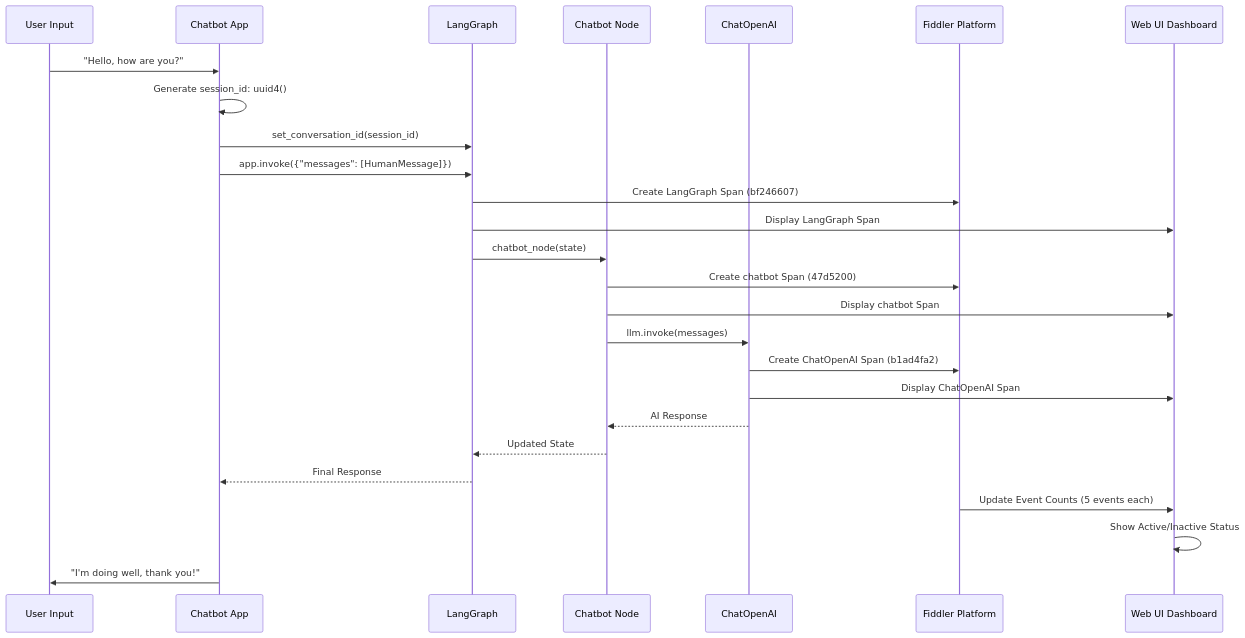
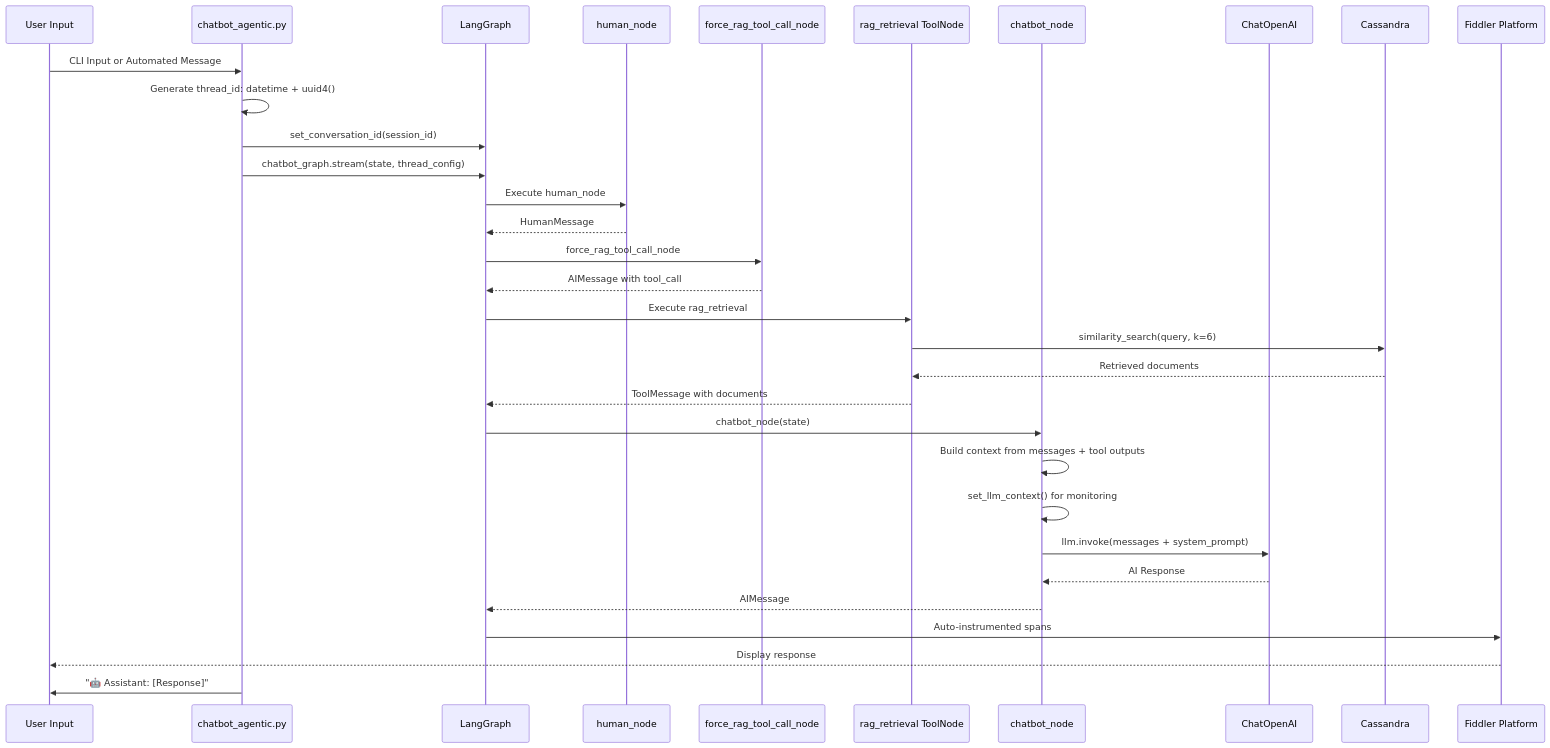
The third of 6 diagrams in docs/diagrams/fiddler-monitoring-architecture.md (fiddler-labs/fiddler-chatbot), drawn with Mermaid before and after one commit. The commit also changed other lines of this file and 6 other files, not shown here.

Commit message:
Diagram update routine activity

````diff
--- a/docs/diagrams/fiddler-monitoring-architecture.md
+++ b/docs/diagrams/fiddler-monitoring-architecture.md
@@ -53,35 +98,41 @@
 ```mermaid
 sequenceDiagram
     participant User as User Input
-    participant App as Chatbot App
+    participant App as chatbot_agentic.py
     participant LG as LangGraph
-    participant CB as Chatbot Node
+    participant HN as human_node
+    participant FRT as force_rag_tool_call_node
+    participant RAG as rag_retrieval ToolNode
+    participant CB as chatbot_node
     participant OpenAI as ChatOpenAI
+    participant Cass as Cassandra
     participant Fiddler as Fiddler Platform
-    participant UI as Web UI Dashboard
     
-    User->>App: "Hello, how are you?"
-    App->>App: Generate session_id: uuid4()
+    User->>App: CLI Input or Automated Message
+    App->>App: Generate thread_id: datetime + uuid4()
     App->>LG: set_conversation_id(session_id)
     
-    App->>LG: app.invoke({"messages": [HumanMessage]})
-    LG->>Fiddler: Create LangGraph Span (bf246607)
-    LG->>UI: Display LangGraph Span
+    App->>LG: chatbot_graph.stream(state, thread_config)
+    LG->>HN: Execute human_node
+    HN-->>LG: HumanMessage
+    
+    LG->>FRT: force_rag_tool_call_node
+    FRT-->>LG: AIMessage with tool_call
+    
+    LG->>RAG: Execute rag_retrieval
+    RAG->>Cass: similarity_search(query, k=6)
+    Cass-->>RAG: Retrieved documents
+    RAG-->>LG: ToolMessage with documents
     
     LG->>CB: chatbot_node(state)
-    CB->>Fiddler: Create chatbot Span (47d5200)
-    CB->>UI: Display chatbot Span
+    CB->>CB: Build context from messages + tool outputs
+    CB->>CB: set_llm_context() for monitoring
+    CB->>OpenAI: llm.invoke(messages + system_prompt)
+    OpenAI-->>CB: AI Response
+    CB-->>LG: AIMessage
     
-    CB->>OpenAI: llm.invoke(messages)
-    OpenAI->>Fiddler: Create ChatOpenAI Span (b1ad4fa2)
-    OpenAI->>UI: Display ChatOpenAI Span
+    LG->>Fiddler: Auto-instrumented spans
+    Fiddler-->>User: Display response
     
-    OpenAI-->>CB: AI Response
-    CB-->>LG: Updated State
-    LG-->>App: Final Response
-    
-    Fiddler->>UI: Update Event Counts (5 events each)
-    UI->>UI: Show Active/Inactive Status
-    
-    App->>User: "I'm doing well, thank you!"
+    App->>User: "🤖 Assistant: [Response]"
 ```
````
